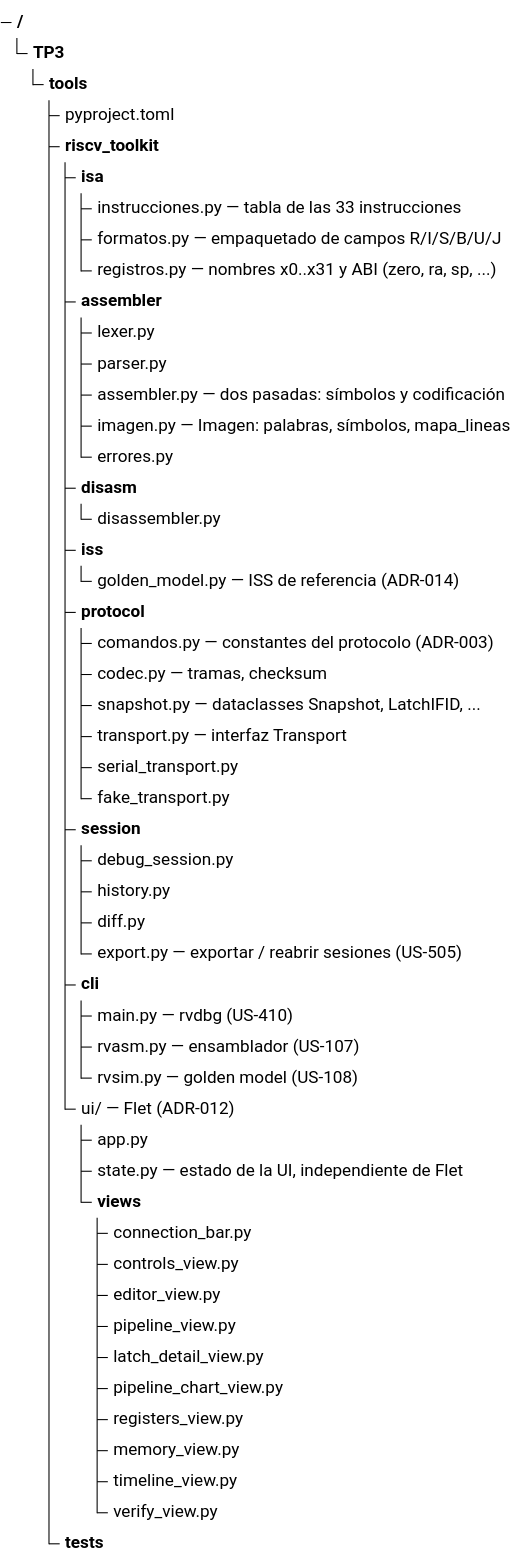
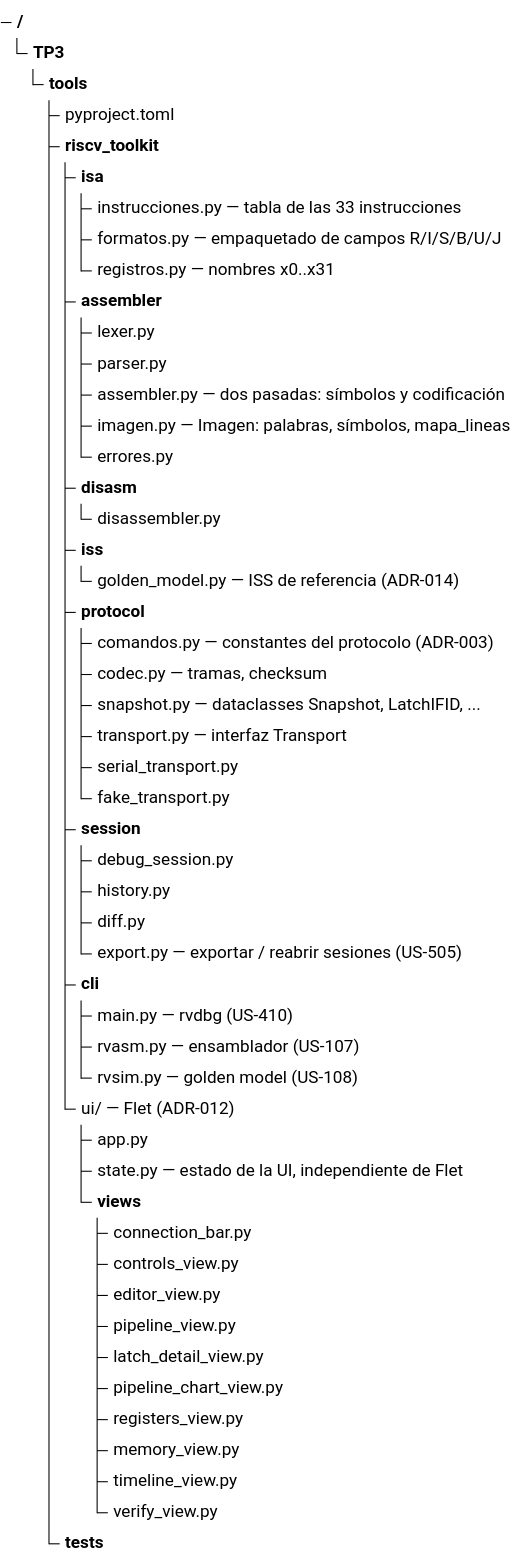
One commit to nicopinera/tps-arqui changed the second of 47 diagrams in docs/PRD-pipeline-riscv.md. Above: the diagram before and after it, drawn with Mermaid. The commit also changed other lines of this file and 5 other files, not shown here.

Commit message:
docs: No es necesario nombrar a los registros en formato ABI por ende se elimina por simplicidad

````diff
--- a/docs/PRD-pipeline-riscv.md
+++ b/docs/PRD-pipeline-riscv.md
@@ -270,52 +270,52 @@
 ```mermaid
 treeView-beta
     "TP3/"
         "tools/"
             "pyproject.toml"
             "riscv_toolkit/"
                 "isa/"
                     "instrucciones.py — tabla de las 33 instrucciones"
                     "formatos.py — empaquetado de campos R/I/S/B/U/J"
-                    "registros.py — nombres x0..x31 y ABI (zero, ra, sp, ...)"
+                    "registros.py — nombres x0..x31"
                 "assembler/"
                     "lexer.py"
                     "parser.py"
                     "assembler.py — dos pasadas: símbolos y codificación"
                     "imagen.py — Imagen: palabras, símbolos, mapa_lineas"
                     "errores.py"
                 "disasm/"
                     "disassembler.py"
                 "iss/"
                     "golden_model.py — ISS de referencia (ADR-014)"
                 "protocol/"
                     "comandos.py — constantes del protocolo (ADR-003)"
                     "codec.py — tramas, checksum"
                     "snapshot.py — dataclasses Snapshot, LatchIFID, ..."
                     "transport.py — interfaz Transport"
                     "serial_transport.py"
                     "fake_transport.py"
                 "session/"
                     "debug_session.py"
                     "history.py"
                     "diff.py"
                     "export.py — exportar / reabrir sesiones (US-505)"
                 "cli/"
                     "main.py — rvdbg (US-410)"
                     "rvasm.py — ensamblador (US-107)"
                     "rvsim.py — golden model (US-108)"
                 "ui/ — Flet (ADR-012)"
                     "app.py"
                     "state.py — estado de la UI, independiente de Flet"
                     "views/"
                         "connection_bar.py"
                         "controls_view.py"
                         "editor_view.py"
                         "pipeline_view.py"
                         "latch_detail_view.py"
                         "pipeline_chart_view.py"
                         "registers_view.py"
                         "memory_view.py"
                         "timeline_view.py"
                         "verify_view.py"
             "tests/"
 ```
````
